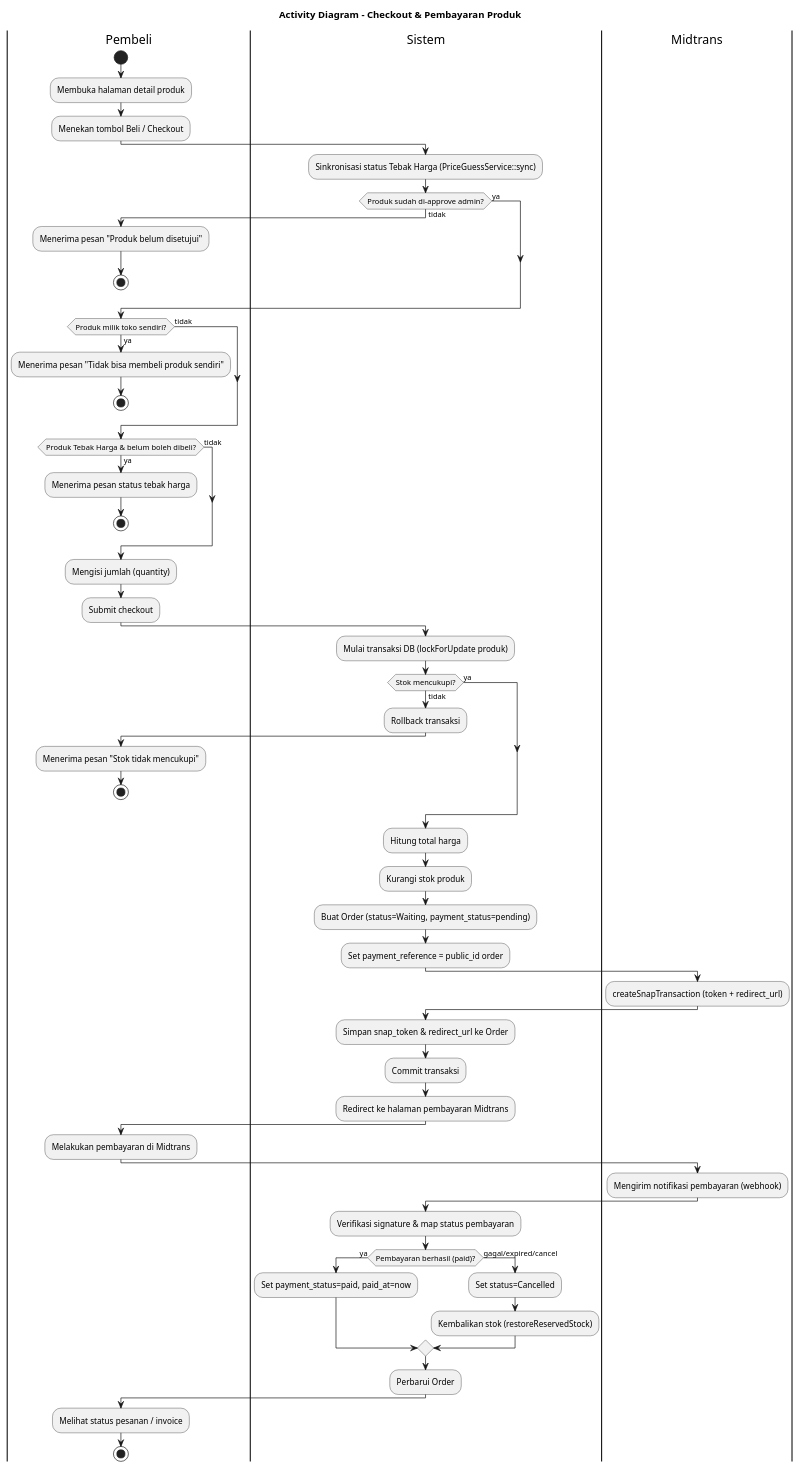
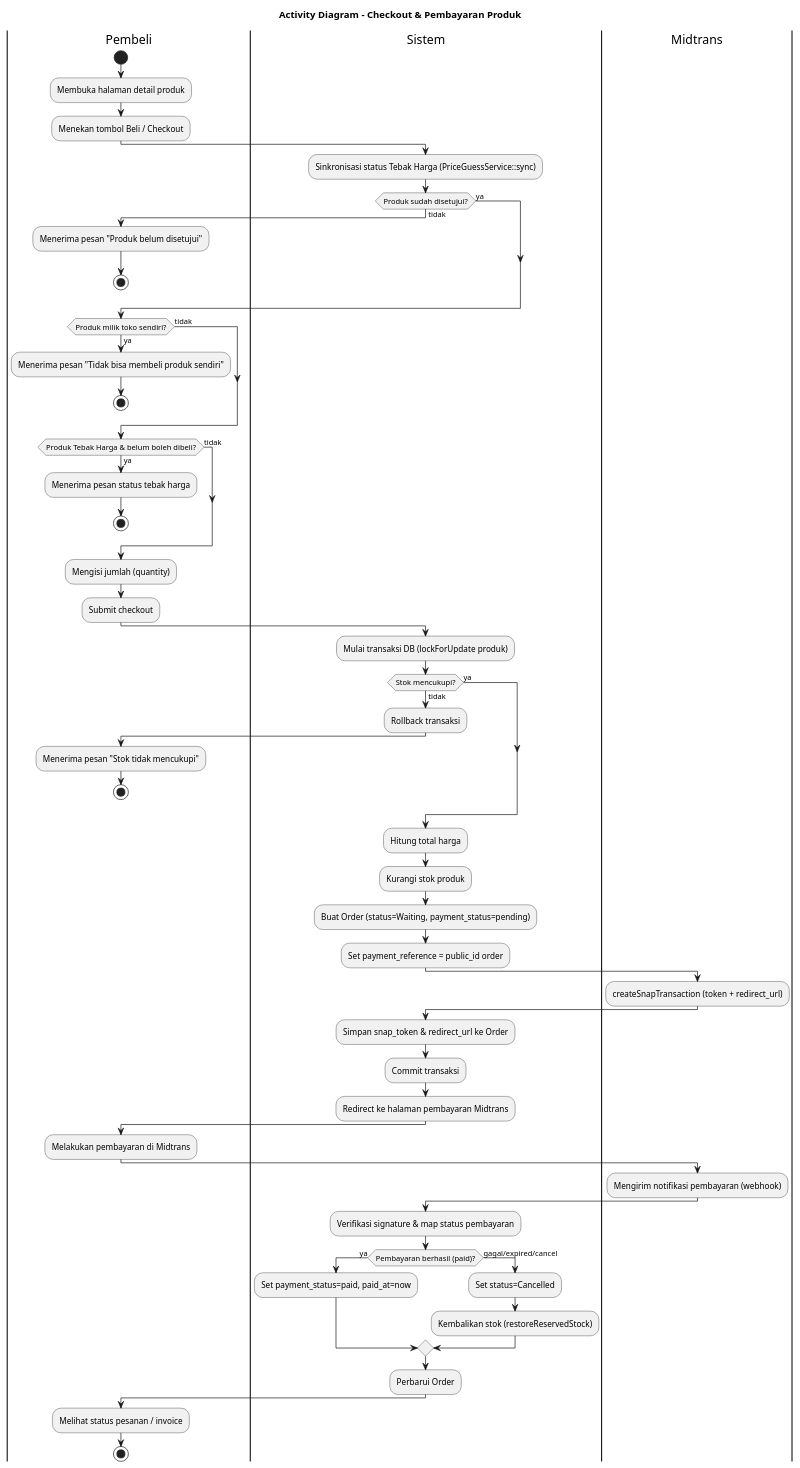
Before and after one commit to Fahrioktav/Vinstore: the diagram in docs/uml/03-activity-checkout.puml, drawn with PlantUML. The commit also changed 46 other files, not shown here.

```diff
--- a/docs/uml/03-activity-checkout.puml
+++ b/docs/uml/03-activity-checkout.puml
@@ -1,83 +1,83 @@
 @startuml Vinstore-Activity-Checkout
 ' =====================================================================
 '  ACTIVITY DIAGRAM - Checkout & Pembayaran (Midtrans)
 ' =====================================================================
 title Activity Diagram - Checkout & Pembayaran Produk
 
 |Pembeli|
 start
 :Membuka halaman detail produk;
 :Menekan tombol Beli / Checkout;
 
 |Sistem|
 :Sinkronisasi status Tebak Harga (PriceGuessService::sync);
-if (Produk sudah di-approve admin?) then (tidak)
+if (Produk sudah disetujui?) then (tidak)
   |Pembeli|
   :Menerima pesan "Produk belum disetujui";
   stop
 else (ya)
 endif
 
 if (Produk milik toko sendiri?) then (ya)
   |Pembeli|
   :Menerima pesan "Tidak bisa membeli produk sendiri";
   stop
 else (tidak)
 endif
 
 if (Produk Tebak Harga & belum boleh dibeli?) then (ya)
   |Pembeli|
   :Menerima pesan status tebak harga;
   stop
 else (tidak)
 endif
 
 |Pembeli|
 :Mengisi jumlah (quantity);
 :Submit checkout;
 
 |Sistem|
 :Mulai transaksi DB (lockForUpdate produk);
 if (Stok mencukupi?) then (tidak)
   :Rollback transaksi;
   |Pembeli|
   :Menerima pesan "Stok tidak mencukupi";
   stop
 else (ya)
 endif
 
 |Sistem|
 :Hitung total harga;
 :Kurangi stok produk;
 :Buat Order (status=Waiting, payment_status=pending);
 :Set payment_reference = public_id order;
 
 |Midtrans|
 :createSnapTransaction (token + redirect_url);
 
 |Sistem|
 :Simpan snap_token & redirect_url ke Order;
 :Commit transaksi;
 :Redirect ke halaman pembayaran Midtrans;
 
 |Pembeli|
 :Melakukan pembayaran di Midtrans;
 
 |Midtrans|
 :Mengirim notifikasi pembayaran (webhook);
 
 |Sistem|
 :Verifikasi signature & map status pembayaran;
 if (Pembayaran berhasil (paid)?) then (ya)
   :Set payment_status=paid, paid_at=now;
 else (gagal/expired/cancel)
   :Set status=Cancelled;
   :Kembalikan stok (restoreReservedStock);
 endif
 :Perbarui Order;
 
 |Pembeli|
 :Melihat status pesanan / invoice;
 stop
 
 @enduml
```
